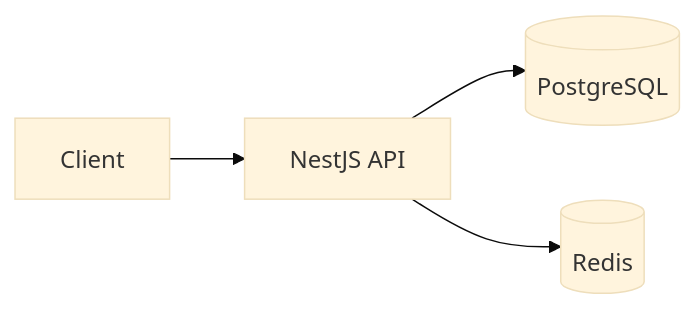
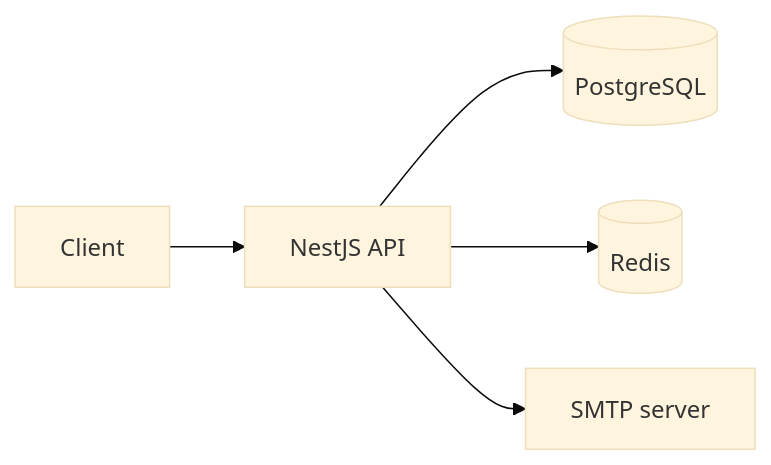
Before and after one commit to ducnt-0269/nestjs-tutorial: the diagram in docs/system-architecture.md, drawn with Mermaid (base theme). The commit also changed other lines of this file, not shown here.

Commit message:
docs: record the mail server, the queue and reset tokens

````diff
--- a/docs/system-architecture.md
+++ b/docs/system-architecture.md
@@ -14,6 +14,7 @@
 ```mermaid
 flowchart LR
     Client[Client] --> API[NestJS API]
     API --> DB[(PostgreSQL)]
     API --> Redis[(Redis)]
+    API --> SMTP[SMTP server]
 ```
````
